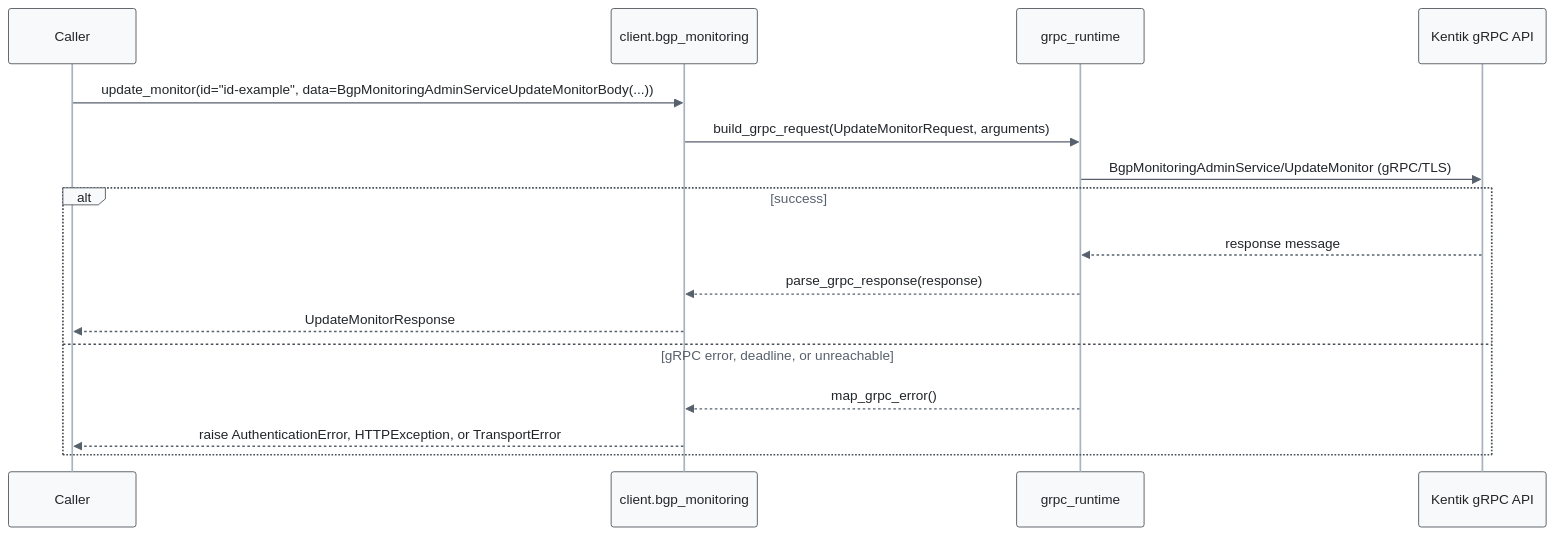
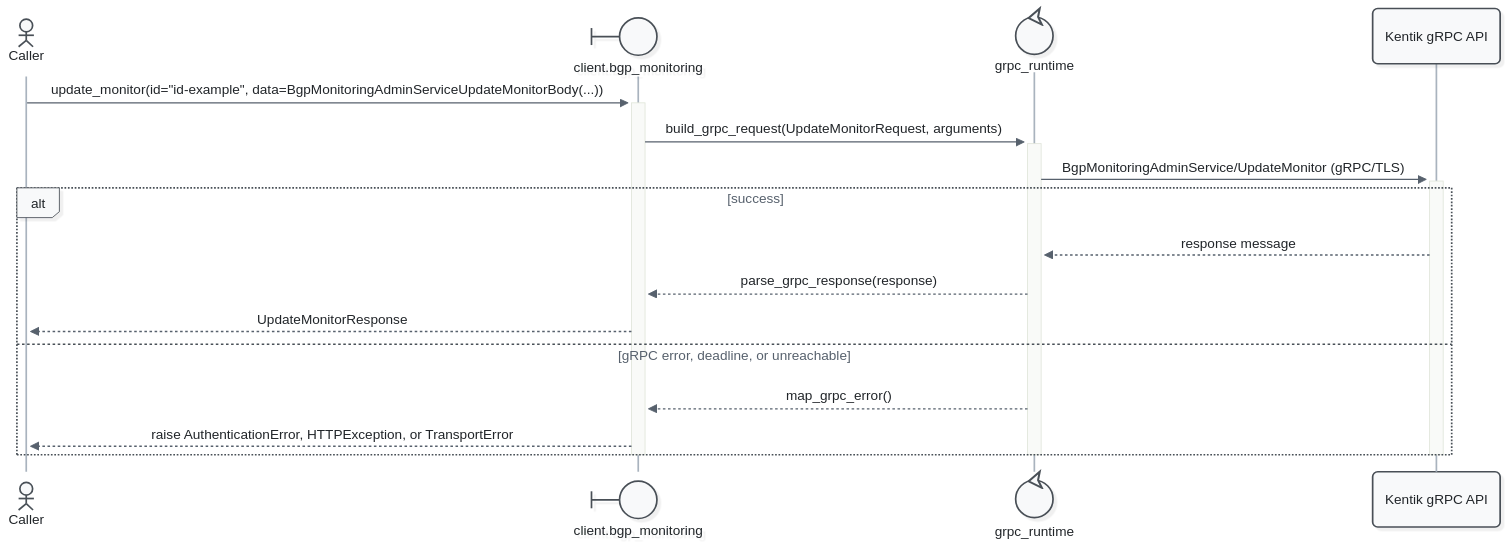
One commit to alexdearaujo/community_sdk_python changed diagram 12 of 17 in docs/sphinx/services/bgp_monitoring.md. Above: the diagram before and after it, drawn with Mermaid. The commit also changed other lines of this file and 52 other files, not shown here.

First line of the commit message:
docs: Mermaid 12 sequence diagrams with participant types and path colors

````diff
--- a/docs/sphinx/services/bgp_monitoring.md
+++ b/docs/sphinx/services/bgp_monitoring.md
@@ -442,20 +469,23 @@
 ```mermaid
-%%{init: {"theme": "base", "fontFamily": "ui-monospace, SFMono-Regular, Menlo, monospace", "themeVariables": {"fontFamily": "ui-monospace, SFMono-Regular, Menlo, monospace", "primaryColor": "#f8f9fa", "primaryBorderColor": "#495057", "primaryTextColor": "#212529", "textColor": "#212529", "lineColor": "#77818c", "edgeLabelBackground": "#ffffff", "actorBkg": "#f8f9fa", "actorBorder": "#495057", "actorTextColor": "#212529", "actorLineColor": "#a9b3be", "signalColor": "#57616d", "signalTextColor": "#212529", "labelBoxBkgColor": "#f8f9fa", "labelBoxBorderColor": "#495057", "labelTextColor": "#212529", "loopTextColor": "#57616d", "noteBkgColor": "#fff9db", "noteBorderColor": "#f08c00", "noteTextColor": "#a35a00"}, "flowchart": {"curve": "step", "nodeSpacing": 30, "rankSpacing": 70, "wrappingWidth": 400}}}%%
+%%{init: {"theme": "redux", "look": "neo", "layout": "dagre", "fontFamily": "ui-monospace, SFMono-Regular, Menlo, monospace", "themeVariables": {"fontFamily": "ui-monospace, SFMono-Regular, Menlo, monospace", "primaryColor": "#f8f9fa", "primaryBorderColor": "#495057", "primaryTextColor": "#212529", "textColor": "#212529", "lineColor": "#77818c", "edgeLabelBackground": "#ffffff", "actorBkg": "#f8f9fa", "actorBorder": "#495057", "actorTextColor": "#212529", "actorLineColor": "#a9b3be", "signalColor": "#57616d", "signalTextColor": "#212529", "labelBoxBkgColor": "#f8f9fa", "labelBoxBorderColor": "#495057", "labelTextColor": "#212529", "loopTextColor": "#57616d", "noteBkgColor": "#fff9db", "noteBorderColor": "#f08c00", "noteTextColor": "#a35a00"}, "sequence": {"activationWidth": 16}, "flowchart": {"curve": "step", "nodeSpacing": 30, "rankSpacing": 70, "wrappingWidth": 400}}}%%
 sequenceDiagram
-    participant C as Caller
-    participant W as client.bgp_monitoring
-    participant R as grpc_runtime
+    actor C as Caller
+    participant W@{ "type": "boundary" } as client.bgp_monitoring
+    participant R@{ "type": "control" } as grpc_runtime
     participant API as Kentik gRPC API
 
-    C->>W: update_monitor(id="id-example", data=BgpMonitoringAdminServiceUpdateMonitorBody(...))
-    W->>R: build_grpc_request(UpdateMonitorRequest, arguments)
-    R->>API: BgpMonitoringAdminService/UpdateMonitor (gRPC/TLS)
+    C->>+W: update_monitor(id="id-example", data=BgpMonitoringAdminServiceUpdateMonitorBody(...))
+    W->>+R: build_grpc_request(UpdateMonitorRequest, arguments)
+    R->>+API: BgpMonitoringAdminService/UpdateMonitor (gRPC/TLS)
     alt success
         API-->>R: response message
         R-->>W: parse_grpc_response(response)
         W-->>C: UpdateMonitorResponse
     else gRPC error, deadline, or unreachable
         R-->>W: map_grpc_error()
         W-->>C: raise AuthenticationError, HTTPException, or TransportError
     end
+    deactivate API
+    deactivate R
+    deactivate W
 ```
````
